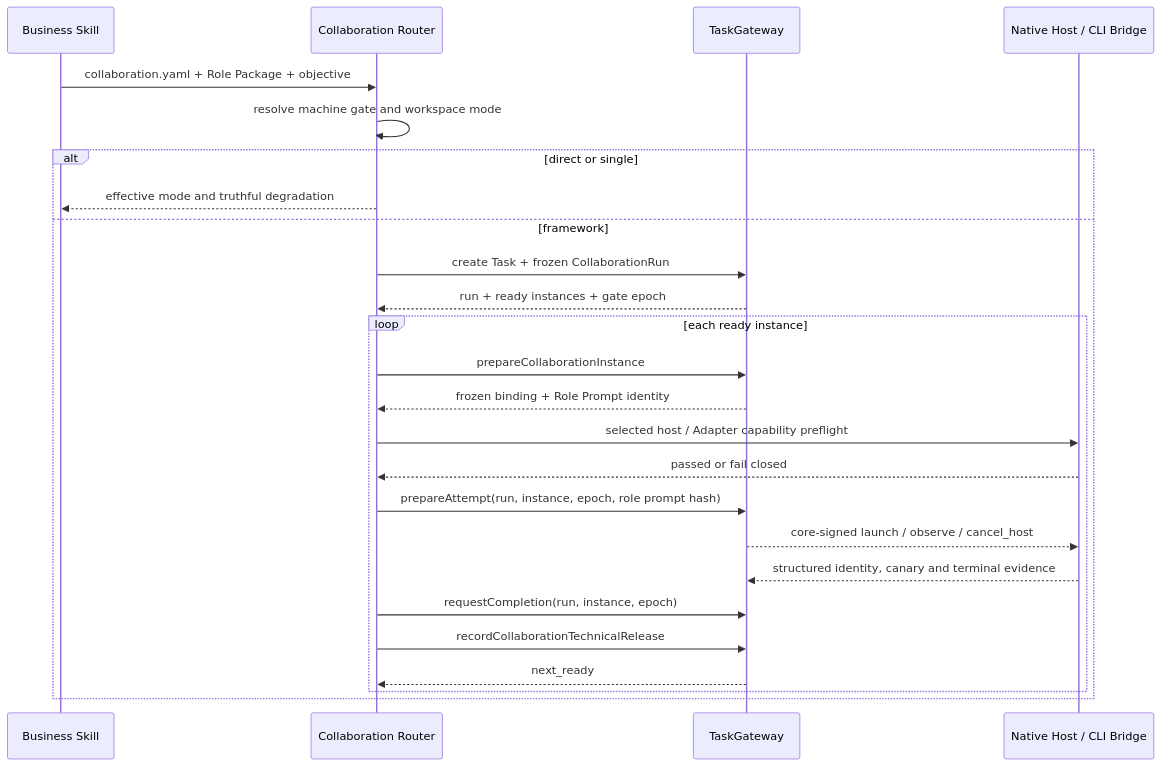
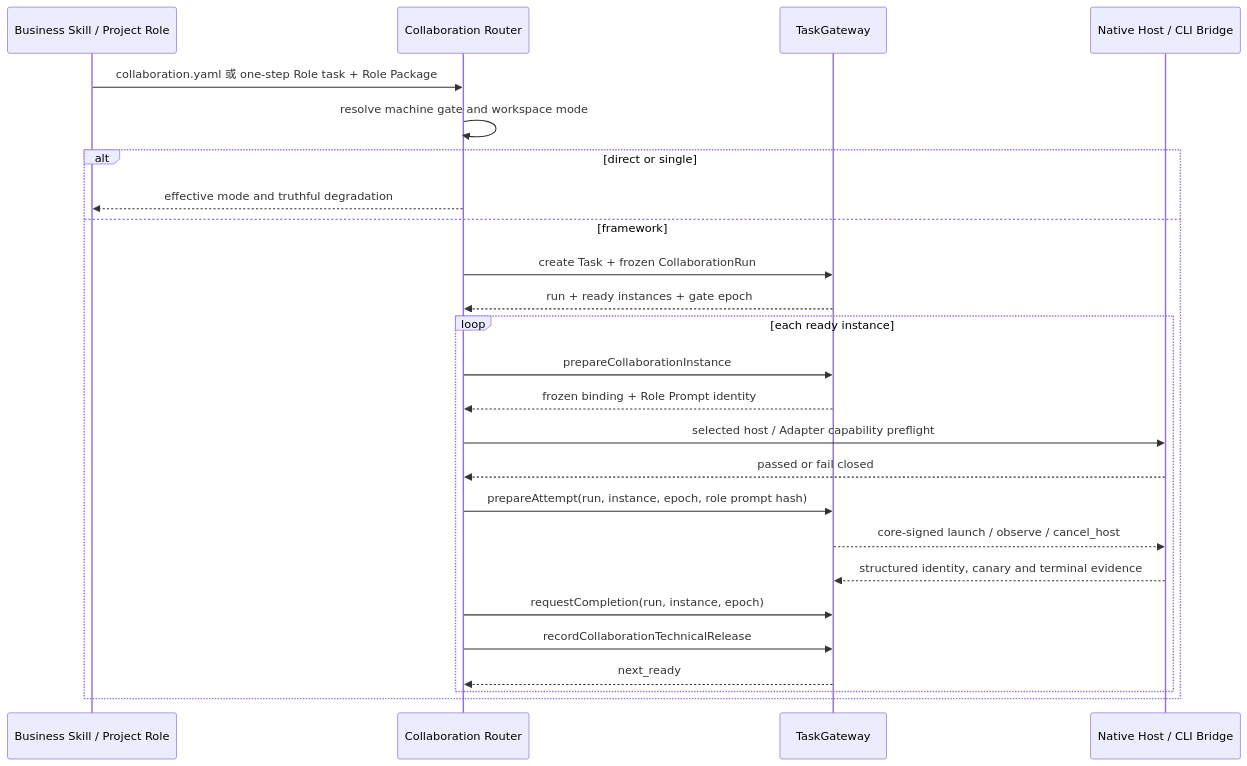
Before and after one commit to Ice-Maple/agent-workflow-toolkit: the second of 3 diagrams in docs/architecture/multi-agent-orchestration-architecture.md, drawn with Mermaid. The commit also changed other lines of this file and 24 other files, not shown here.

````diff
--- a/docs/architecture/multi-agent-orchestration-architecture.md
+++ b/docs/architecture/multi-agent-orchestration-architecture.md
@@ -222,28 +226,28 @@
 ```mermaid
 sequenceDiagram
-    participant B as Business Skill
+    participant B as Business Skill / Project Role
     participant R as Collaboration Router
     participant G as TaskGateway
     participant H as Native Host / CLI Bridge
 
-    B->>R: collaboration.yaml + Role Package + objective
+    B->>R: collaboration.yaml 或 one-step Role task + Role Package
     R->>R: resolve machine gate and workspace mode
     alt direct or single
         R-->>B: effective mode and truthful degradation
     else framework
         R->>G: create Task + frozen CollaborationRun
         G-->>R: run + ready instances + gate epoch
         loop each ready instance
             R->>G: prepareCollaborationInstance
             G-->>R: frozen binding + Role Prompt identity
             R->>H: selected host / Adapter capability preflight
             H-->>R: passed or fail closed
             R->>G: prepareAttempt(run, instance, epoch, role prompt hash)
             G-->>H: core-signed launch / observe / cancel_host
             H-->>G: structured identity, canary and terminal evidence
             R->>G: requestCompletion(run, instance, epoch)
             R->>G: recordCollaborationTechnicalRelease
             G-->>R: next_ready
         end
     end
 ```
````
